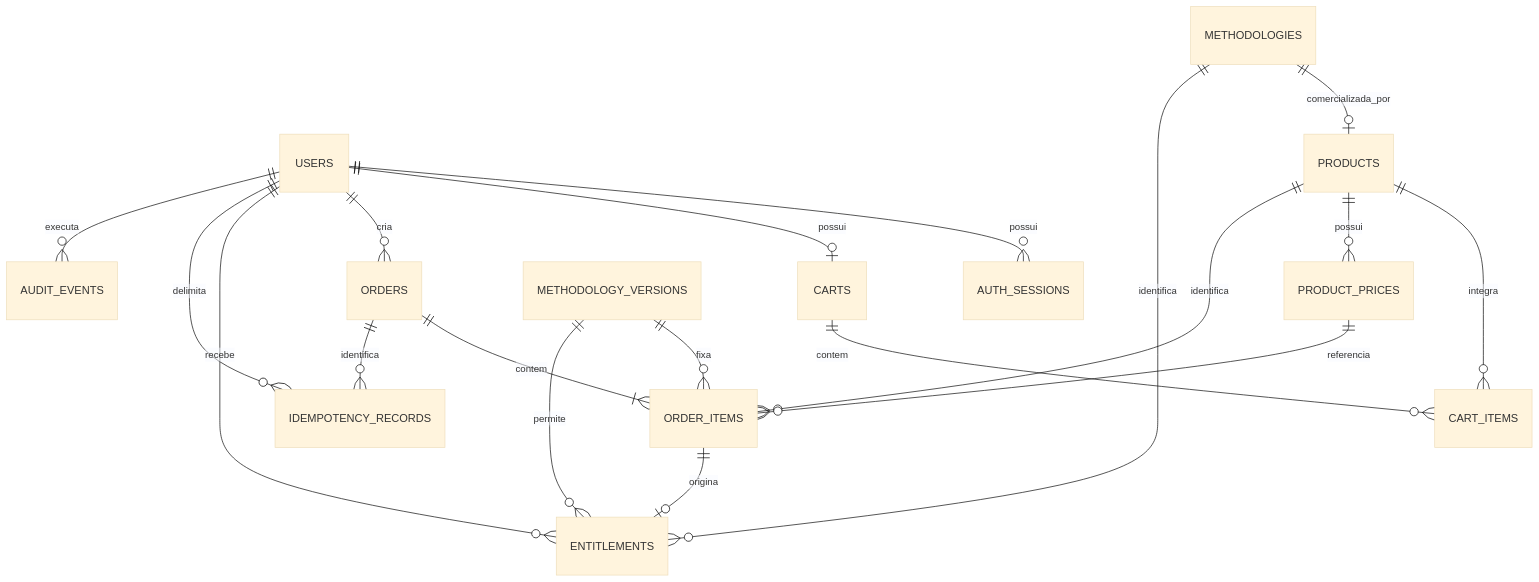
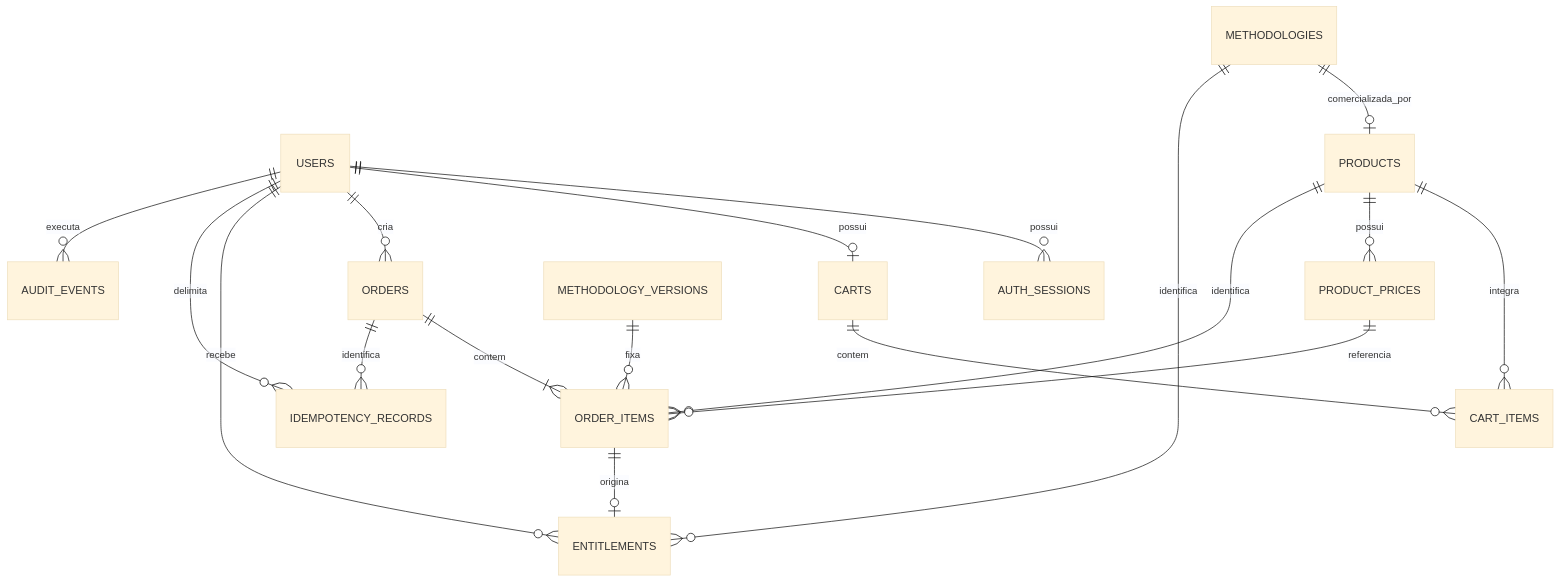
The first of 3 diagrams in docs/arquitetura/MODELO-DADOS.md (dernivaljr/wiki-chem), drawn with Mermaid (base theme) before and after one commit. The commit also changed other lines of this file and 4 other files, not shown here.

````diff
--- a/docs/arquitetura/MODELO-DADOS.md
+++ b/docs/arquitetura/MODELO-DADOS.md
@@ -15,21 +15,20 @@
 ```mermaid
 erDiagram
   USERS ||--o{ AUTH_SESSIONS : possui
   USERS ||--o| CARTS : possui
   CARTS ||--o{ CART_ITEMS : contem
   PRODUCTS ||--o{ CART_ITEMS : integra
   METHODOLOGIES ||--o| PRODUCTS : comercializada_por
   PRODUCTS ||--o{ PRODUCT_PRICES : possui
   USERS ||--o{ ORDERS : cria
   ORDERS ||--|{ ORDER_ITEMS : contem
   PRODUCTS ||--o{ ORDER_ITEMS : identifica
   PRODUCT_PRICES ||--o{ ORDER_ITEMS : referencia
   METHODOLOGY_VERSIONS ||--o{ ORDER_ITEMS : fixa
   USERS ||--o{ ENTITLEMENTS : recebe
   METHODOLOGIES ||--o{ ENTITLEMENTS : identifica
-  METHODOLOGY_VERSIONS ||--o{ ENTITLEMENTS : permite
   ORDER_ITEMS ||--o| ENTITLEMENTS : origina
   USERS ||--o{ IDEMPOTENCY_RECORDS : delimita
   ORDERS ||--o{ IDEMPOTENCY_RECORDS : identifica
   USERS ||--o{ AUDIT_EVENTS : executa
 ```
````
